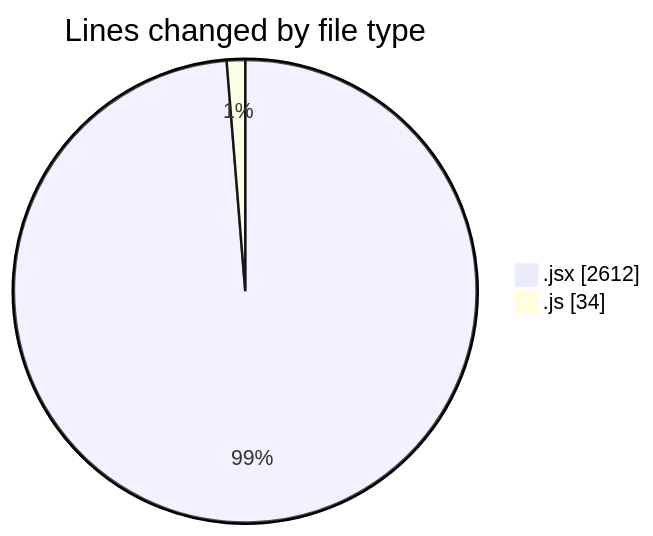
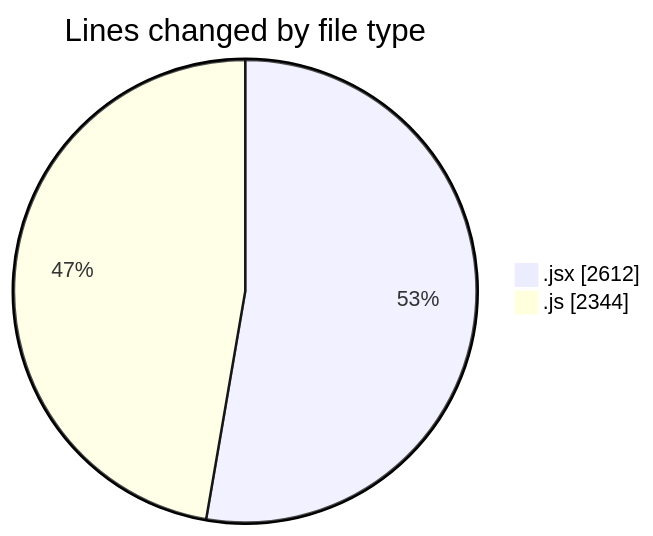
Before and after one commit to nxtqubesakshisongat/code-tracking: the first of 2 diagrams in 2026-01-08/nxtqube_webapp/README.md, drawn with Mermaid. The commit also changed other lines of this file and 1 other file, not shown here.

````diff
--- a/2026-01-08/nxtqube_webapp/README.md
+++ b/2026-01-08/nxtqube_webapp/README.md
@@ -22,6 +23,6 @@
 ```mermaid
 pie showData
 title Lines changed by file type
 ".jsx" : 2612
-".js" : 34
+".js" : 2344
 ```
````
